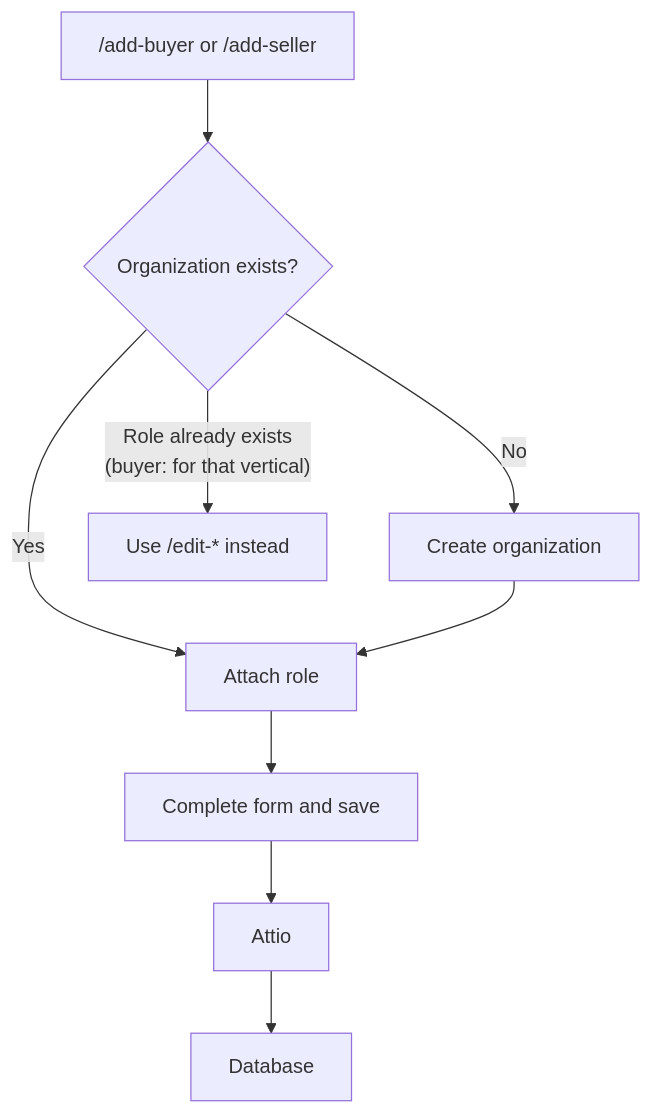
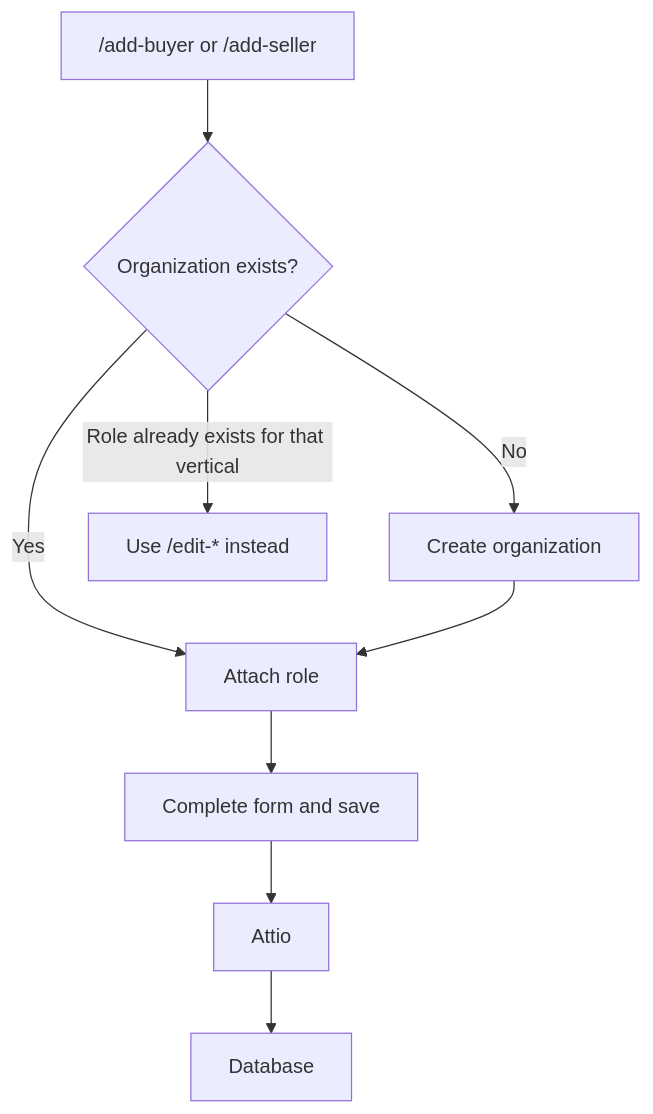
Before and after one commit to wusool-capital/wusool-infra: the third of 4 diagrams in gitbook/user-guide/toolkit.md, drawn with Mermaid.

Commit message:
docs(api): simplify buyer add flow diagram label

````diff
--- a/gitbook/user-guide/toolkit.md
+++ b/gitbook/user-guide/toolkit.md
@@ -97,9 +97,9 @@
 ```mermaid
 flowchart TD
   add["/add-buyer or /add-seller"] --> org{"Organization exists?"}
   org -- "Yes" --> role["Attach role"]
   org -- "No" --> create["Create organization"]
   create --> role
   role --> save["Complete form and save"] --> attio["Attio"] --> database["Database"]
-  org -- "Role already exists\n(buyer: for that vertical)" --> edit["Use /edit-* instead"]
+  org -- "Role already exists for that vertical" --> edit["Use /edit-* instead"]
 ```
````
